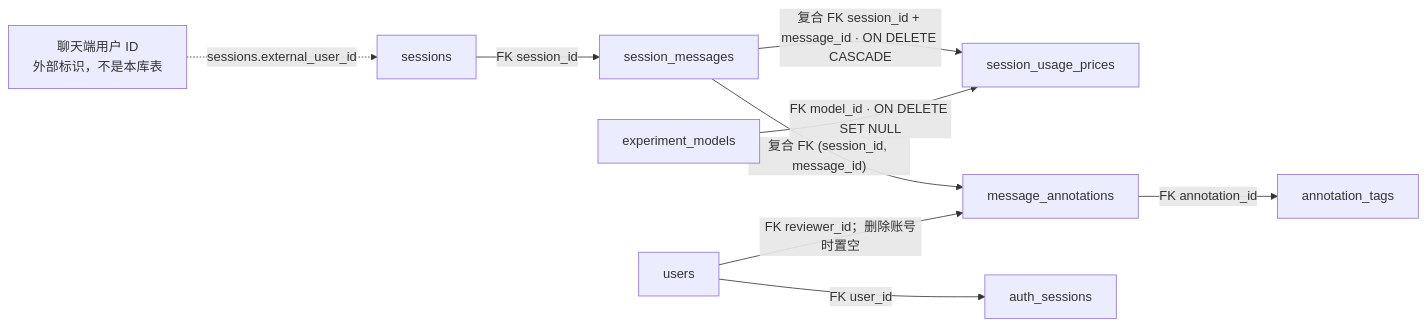
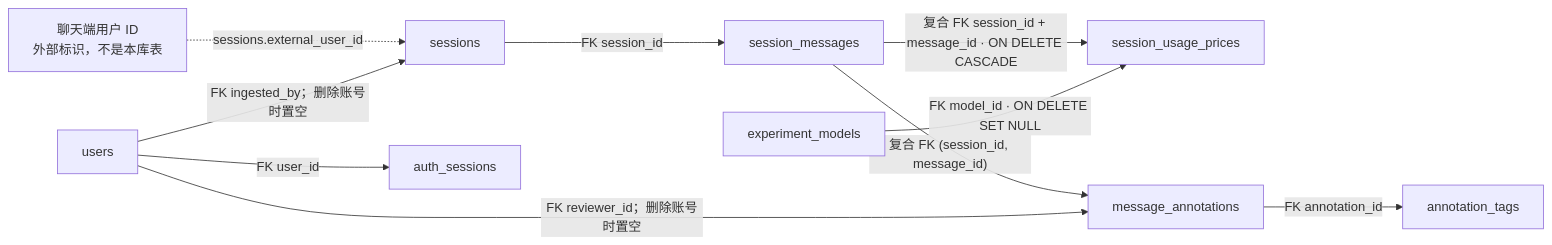
One commit to weiAX95/admin changed diagram 16 of 17 in docs/database-relationships.md. Above: the diagram before and after it, drawn with Mermaid. The commit also changed other lines of this file and 6 other files, not shown here.

````diff
--- a/docs/database-relationships.md
+++ b/docs/database-relationships.md
@@ -418,11 +418,12 @@
 ```mermaid
 flowchart LR
   ChatUser["聊天端用户 ID<br/>外部标识，不是本库表"] -. "sessions.external_user_id" .-> Sessions["sessions"]
+  Users["users"] -->|"FK ingested_by；删除账号时置空"| Sessions
   Sessions -->|"FK session_id"| Messages["session_messages"]
   Messages -->|"复合 FK session_id + message_id · ON DELETE CASCADE"| SessionPrices["session_usage_prices"]
   Models["experiment_models"] -->|"FK model_id · ON DELETE SET NULL"| SessionPrices
   Messages -->|"复合 FK (session_id, message_id)"| Annotations["message_annotations"]
-  Users["users"] -->|"FK user_id"| Tokens["auth_sessions"]
+  Users -->|"FK user_id"| Tokens["auth_sessions"]
   Users -->|"FK reviewer_id；删除账号时置空"| Annotations
   Annotations -->|"FK annotation_id"| AnnotationTags["annotation_tags"]
 ```
````
